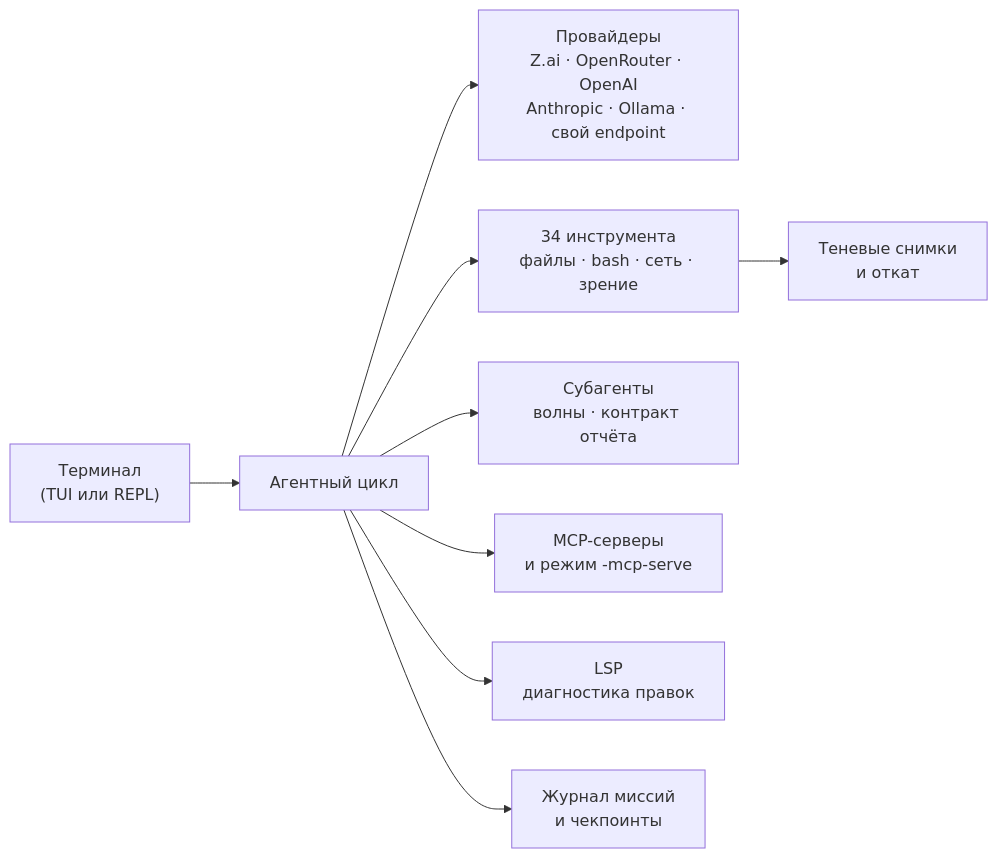
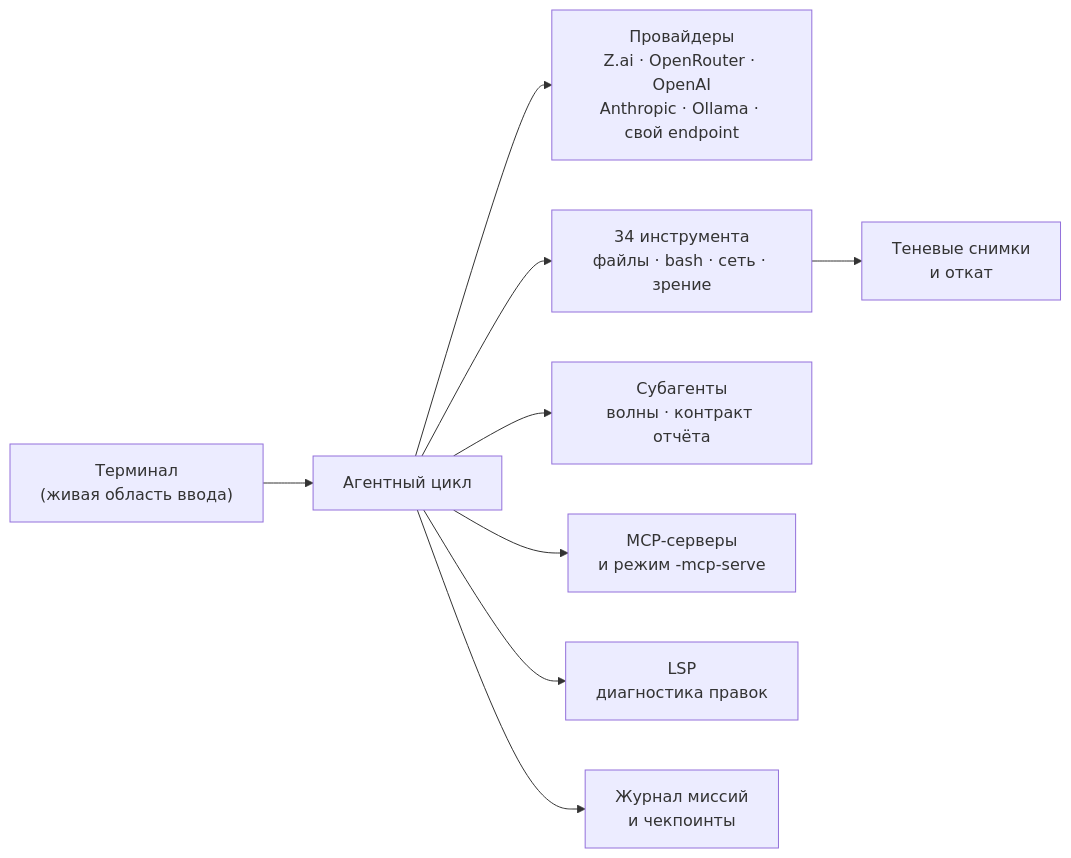
The diagram in README.md (saaae1337/gCLI), drawn with Mermaid before and after one commit. The commit also changed other lines of this file and 74 other files, not shown here.

````diff
--- a/README.md
+++ b/README.md
@@ -124,11 +131,11 @@
 ```mermaid
 graph LR
-    U["Терминал<br/>(TUI или REPL)"] --> A["Агентный цикл"]
+    U["Терминал<br/>(живая область ввода)"] --> A["Агентный цикл"]
     A --> P["Провайдеры<br/>Z.ai · OpenRouter · OpenAI<br/>Anthropic · Ollama · свой endpoint"]
     A --> T["34 инструмента<br/>файлы · bash · сеть · зрение"]
     A --> S["Субагенты<br/>волны · контракт отчёта"]
     A --> MCP["MCP-серверы<br/>и режим -mcp-serve"]
     A --> LSP["LSP<br/>диагностика правок"]
     T --> SNAP["Теневые снимки<br/>и откат"]
     A --> J["Журнал миссий<br/>и чекпоинты"]
 ```
````
